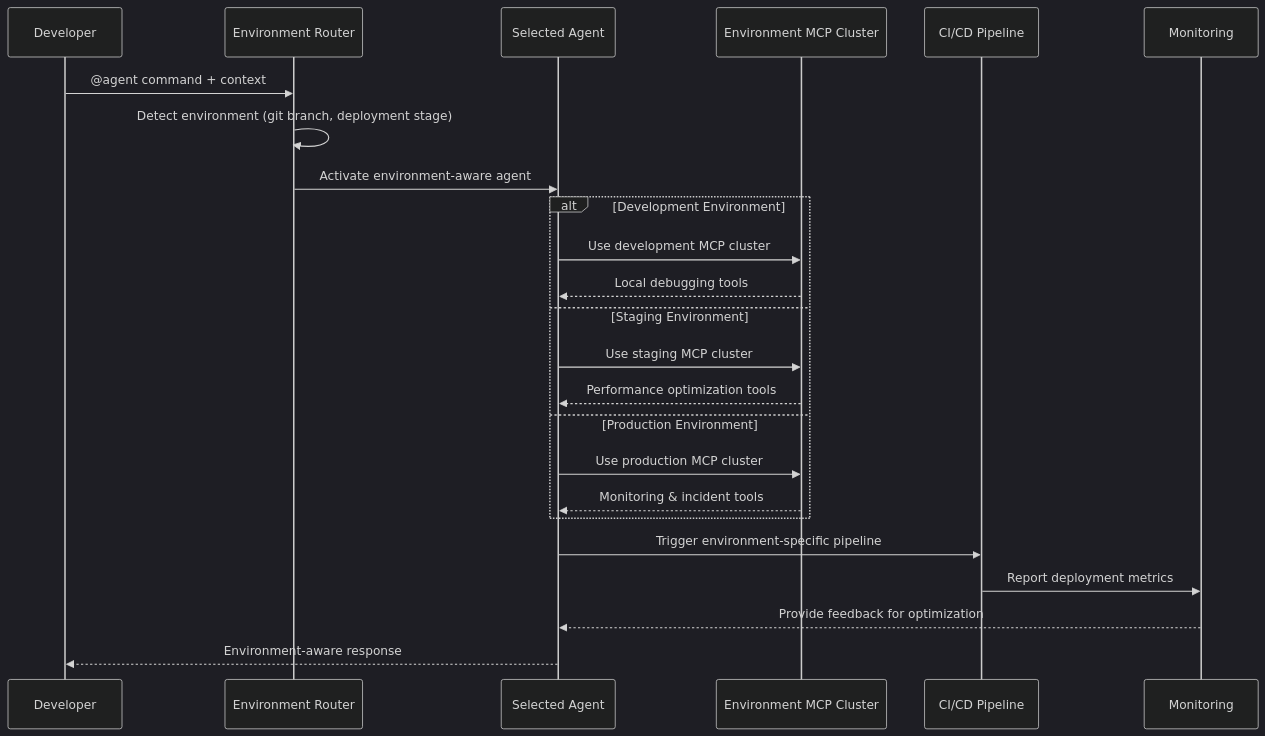
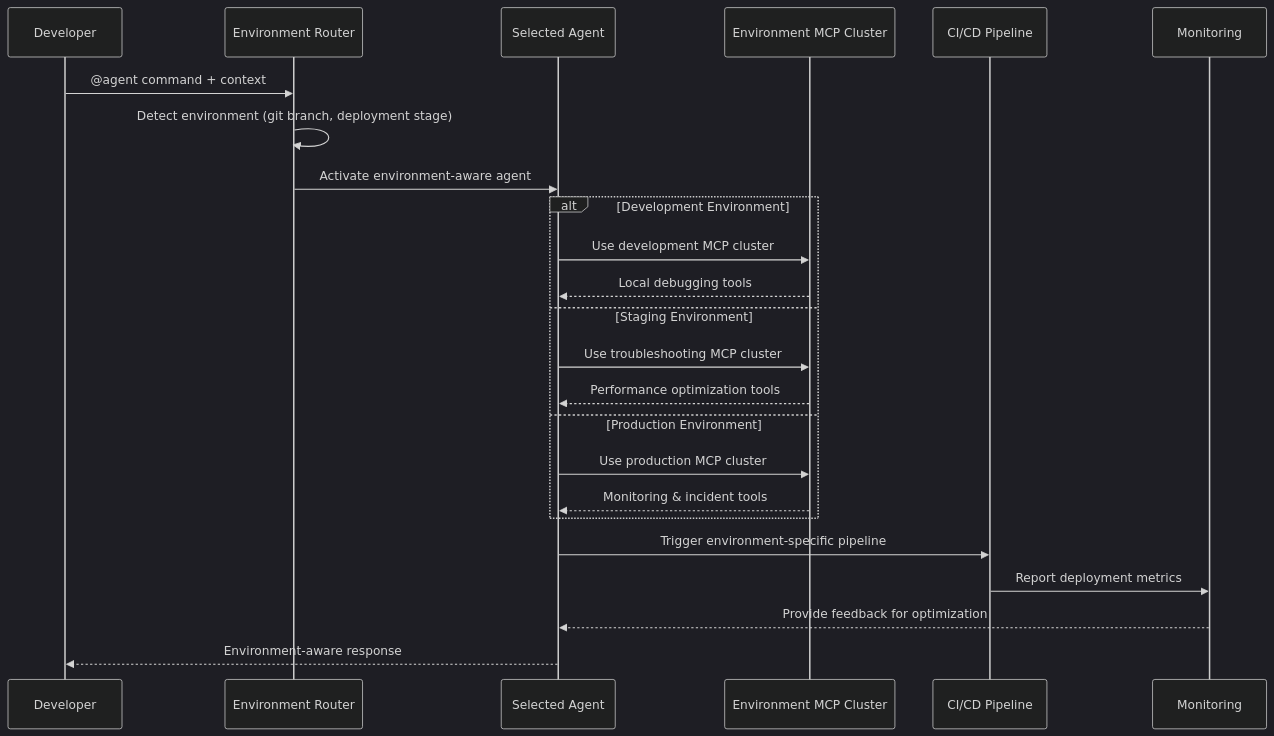
One commit to Alextorelli/ProspectPro changed the fifth of 5 diagrams in docs/tooling/end-state/devops-environment-taxonomy.md. Above: the diagram before and after it, drawn with Mermaid. The commit also changed other lines of this file and 38 other files, not shown here.

````diff
--- a/docs/tooling/end-state/devops-environment-taxonomy.md
+++ b/docs/tooling/end-state/devops-environment-taxonomy.md
@@ -263,30 +263,30 @@
 ```mermaid
 %%{init: {'theme': 'dark'}}%%
 sequenceDiagram
     participant DEV as Developer
     participant ROUTER as Environment Router
     participant AGENT as Selected Agent
     participant MCP as Environment MCP Cluster
     participant CICD as CI/CD Pipeline
     participant MONITOR as Monitoring
 
     DEV->>ROUTER: @agent command + context
     ROUTER->>ROUTER: Detect environment (git branch, deployment stage)
     ROUTER->>AGENT: Activate environment-aware agent
 
     alt Development Environment
         AGENT->>MCP: Use development MCP cluster
         MCP-->>AGENT: Local debugging tools
     else Staging Environment
-        AGENT->>MCP: Use staging MCP cluster
+        AGENT->>MCP: Use troubleshooting MCP cluster
         MCP-->>AGENT: Performance optimization tools
     else Production Environment
         AGENT->>MCP: Use production MCP cluster
         MCP-->>AGENT: Monitoring & incident tools
     end
 
     AGENT->>CICD: Trigger environment-specific pipeline
     CICD->>MONITOR: Report deployment metrics
     MONITOR-->>AGENT: Provide feedback for optimization
     AGENT-->>DEV: Environment-aware response
 ```
````
